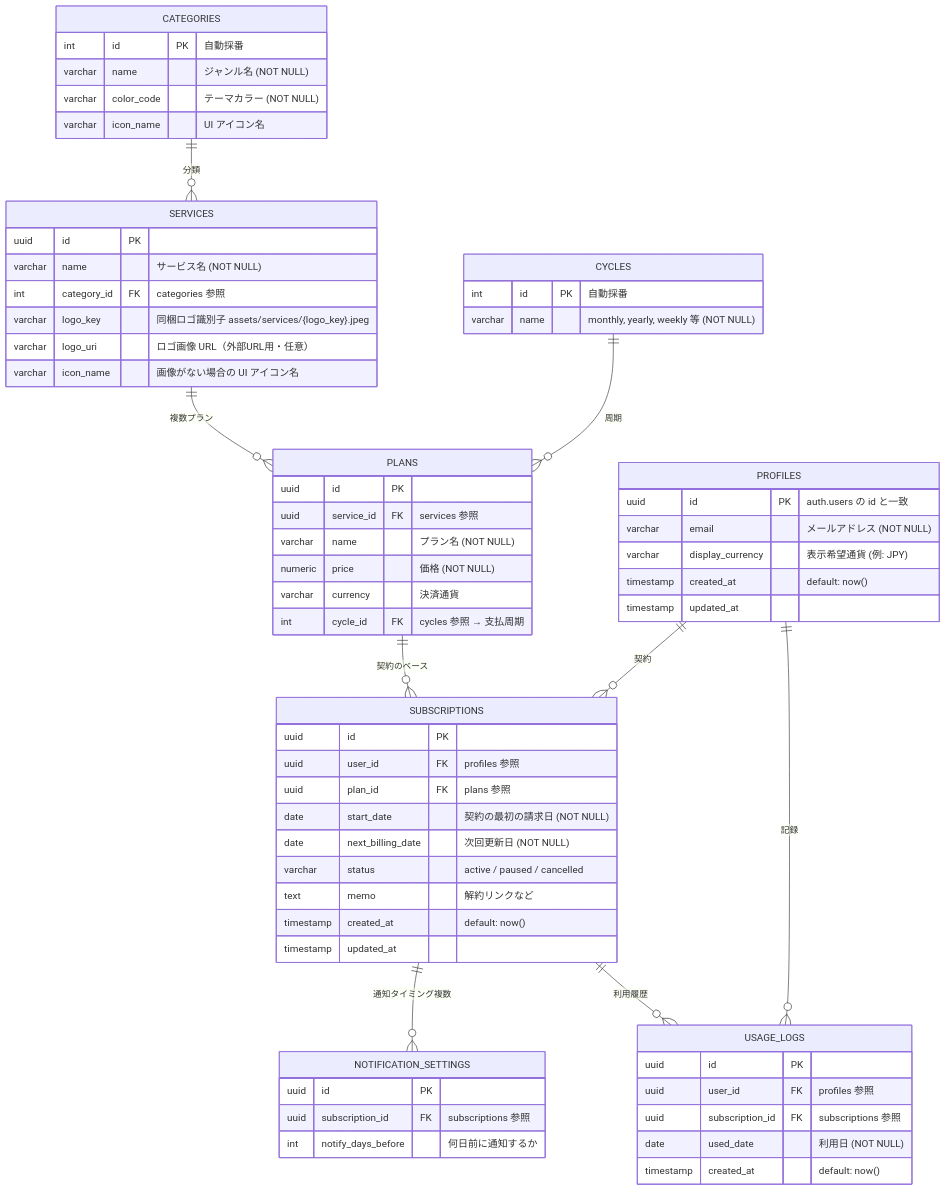
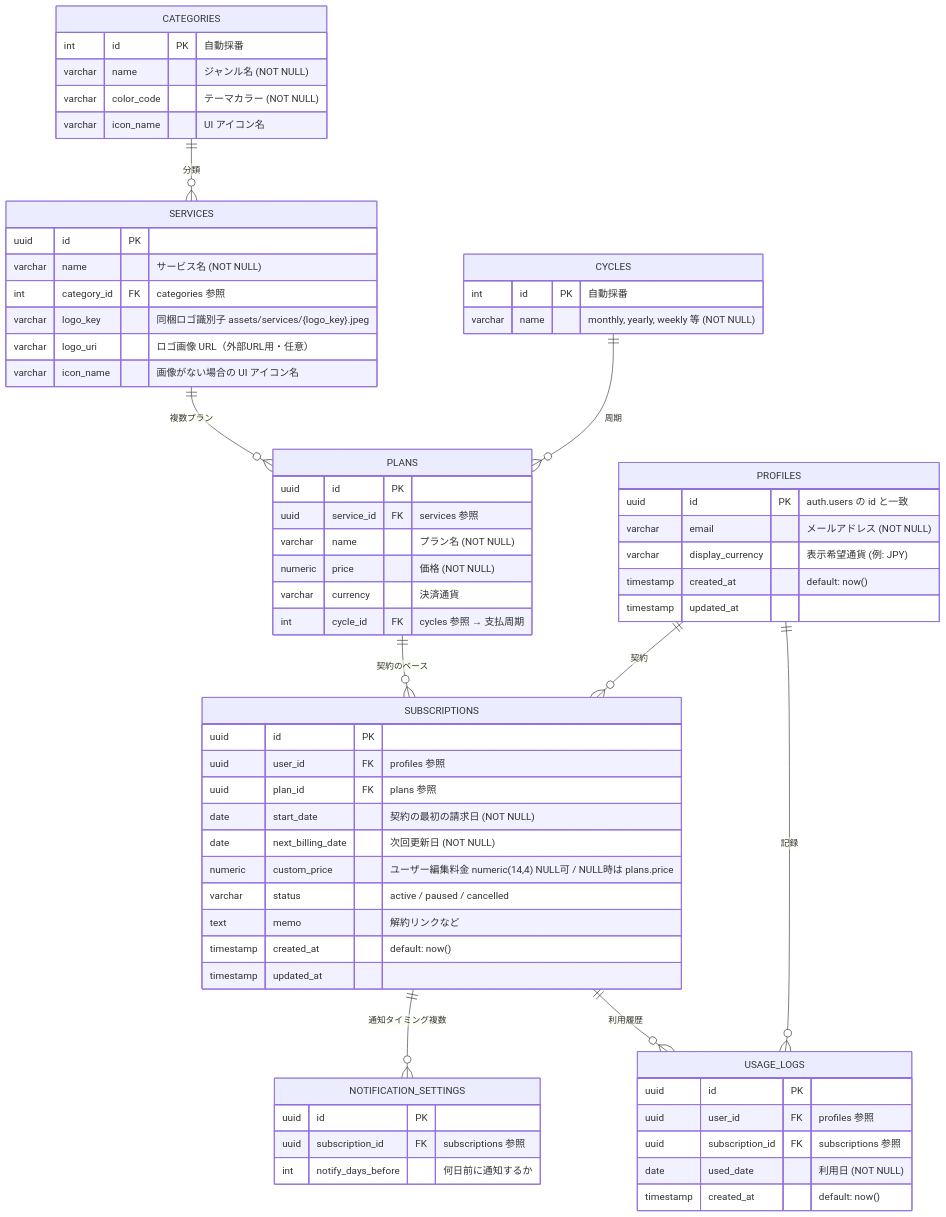
Before and after one commit to junpei0315/SubTrack: the diagram in docs/DATABASE_DESIGN.md, drawn with Mermaid. The commit also changed other lines of this file and 4 other files, not shown here.

````diff
--- a/docs/DATABASE_DESIGN.md
+++ b/docs/DATABASE_DESIGN.md
@@ -25,75 +25,76 @@
 ```mermaid
 erDiagram
     PROFILES {
         uuid id PK "auth.users の id と一致"
         varchar email "メールアドレス (NOT NULL)"
         varchar display_currency "表示希望通貨 (例: JPY)"
         timestamp created_at "default: now()"
         timestamp updated_at
     }
 
     CATEGORIES {
         int id PK "自動採番"
         varchar name "ジャンル名 (NOT NULL)"
         varchar color_code "テーマカラー (NOT NULL)"
         varchar icon_name "UI アイコン名"
     }
 
     CYCLES {
         int id PK "自動採番"
         varchar name "monthly, yearly, weekly 等 (NOT NULL)"
     }
 
     SERVICES {
         uuid id PK
         varchar name "サービス名 (NOT NULL)"
         int category_id FK "categories 参照"
         varchar logo_key "同梱ロゴ識別子 assets/services/{logo_key}.jpeg"
         varchar logo_uri "ロゴ画像 URL（外部URL用・任意）"
         varchar icon_name "画像がない場合の UI アイコン名"
     }
 
     PLANS {
         uuid id PK
         uuid service_id FK "services 参照"
         varchar name "プラン名 (NOT NULL)"
         numeric price "価格 (NOT NULL)"
         varchar currency "決済通貨"
         int cycle_id FK "cycles 参照 → 支払周期"
     }
 
     SUBSCRIPTIONS {
         uuid id PK
         uuid user_id FK "profiles 参照"
         uuid plan_id FK "plans 参照"
         date start_date "契約の最初の請求日 (NOT NULL)"
         date next_billing_date "次回更新日 (NOT NULL)"
+        numeric custom_price "ユーザー編集料金 numeric(14,4) NULL可 / NULL時は plans.price"
         varchar status "active / paused / cancelled"
         text memo "解約リンクなど"
         timestamp created_at "default: now()"
         timestamp updated_at
     }
 
     NOTIFICATION_SETTINGS {
         uuid id PK
         uuid subscription_id FK "subscriptions 参照"
         int notify_days_before "何日前に通知するか"
     }
 
     USAGE_LOGS {
         uuid id PK
         uuid user_id FK "profiles 参照"
         uuid subscription_id FK "subscriptions 参照"
         date used_date "利用日 (NOT NULL)"
         timestamp created_at "default: now()"
     }
 
     PROFILES ||--o{ SUBSCRIPTIONS : "契約"
     PROFILES ||--o{ USAGE_LOGS : "記録"
     CATEGORIES ||--o{ SERVICES : "分類"
     CYCLES ||--o{ PLANS : "周期"
     SERVICES ||--o{ PLANS : "複数プラン"
     PLANS ||--o{ SUBSCRIPTIONS : "契約のベース"
     SUBSCRIPTIONS ||--o{ NOTIFICATION_SETTINGS : "通知タイミング複数"
     SUBSCRIPTIONS ||--o{ USAGE_LOGS : "利用履歴"
 ```
````
